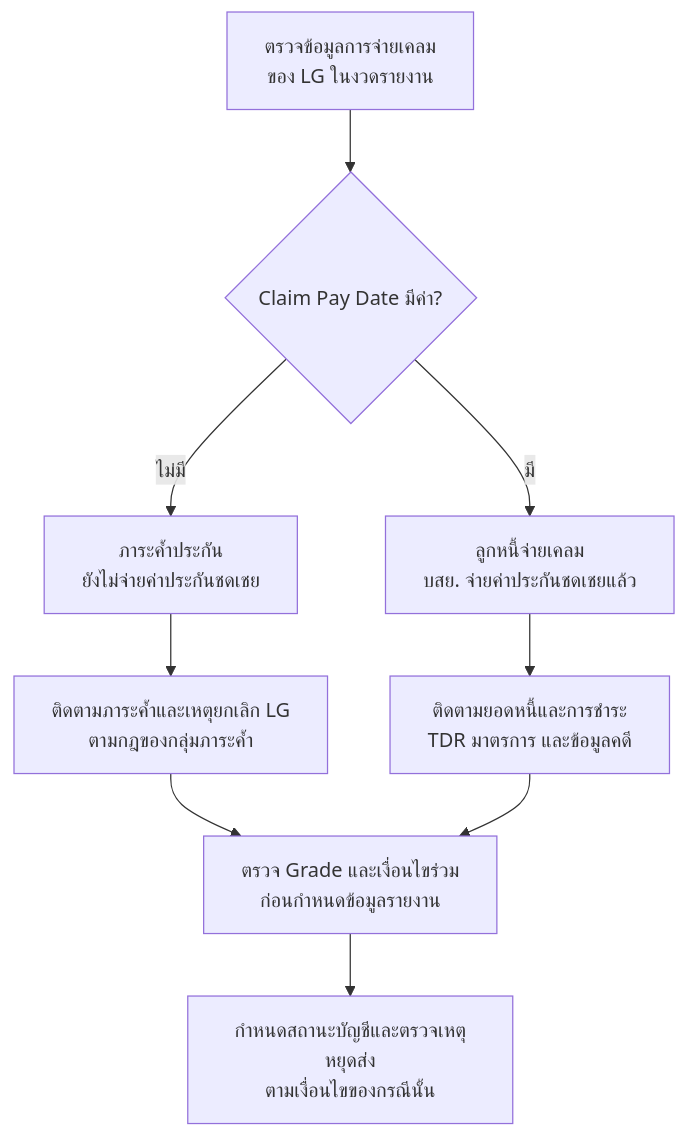
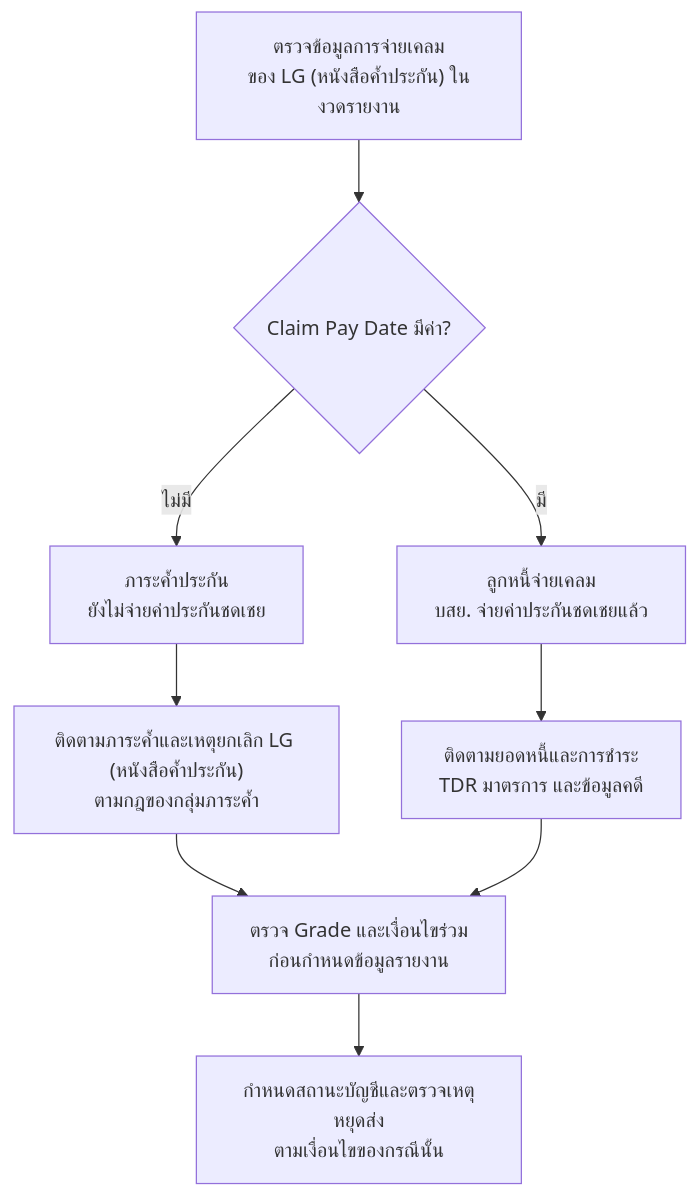
One commit to yukasung/eodncb changed the fourth of 4 diagrams in app/overview/page.mdx. Above: the diagram before and after it, drawn with Mermaid. The commit also changed other lines of this file and 16 other files, not shown here.

````diff
--- a/app/overview/page.mdx
+++ b/app/overview/page.mdx
@@ -119,11 +123,11 @@
 ```mermaid
 flowchart TD
-    A["ตรวจข้อมูลการจ่ายเคลม<br/>ของ LG ในงวดรายงาน"] --> B{"Claim Pay Date มีค่า?"}
+    A["ตรวจข้อมูลการจ่ายเคลม<br/>ของ LG (หนังสือค้ำประกัน) ในงวดรายงาน"] --> B{"Claim Pay Date มีค่า?"}
     B -->|ไม่มี| C["ภาระค้ำประกัน<br/>ยังไม่จ่ายค่าประกันชดเชย"]
-    C --> D["ติดตามภาระค้ำและเหตุยกเลิก LG<br/>ตามกฎของกลุ่มภาระค้ำ"]
+    C --> D["ติดตามภาระค้ำและเหตุยกเลิก LG (หนังสือค้ำประกัน)<br/>ตามกฎของกลุ่มภาระค้ำ"]
     B -->|มี| E["ลูกหนี้จ่ายเคลม<br/>บสย. จ่ายค่าประกันชดเชยแล้ว"]
     E --> F["ติดตามยอดหนี้และการชำระ<br/>TDR มาตรการ และข้อมูลคดี"]
     D --> G["ตรวจ Grade และเงื่อนไขร่วม<br/>ก่อนกำหนดข้อมูลรายงาน"]
     F --> G
     G --> H["กำหนดสถานะบัญชีและตรวจเหตุหยุดส่ง<br/>ตามเงื่อนไขของกรณีนั้น"]
 ```
````
